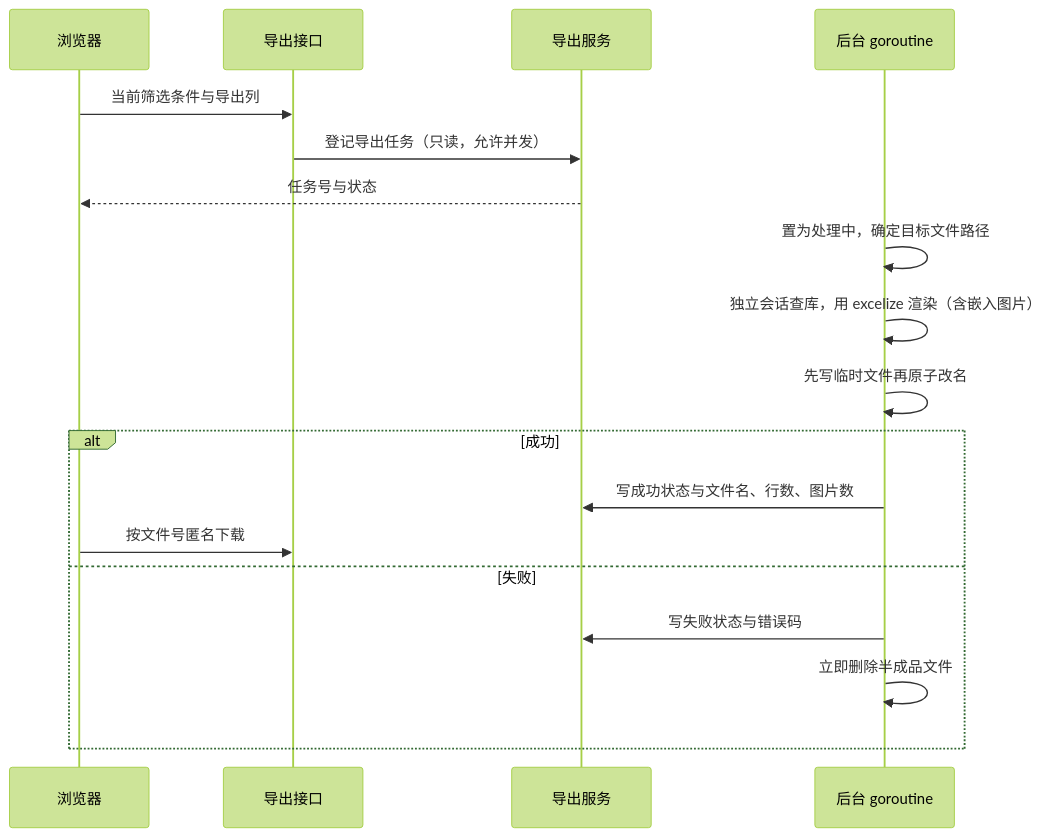
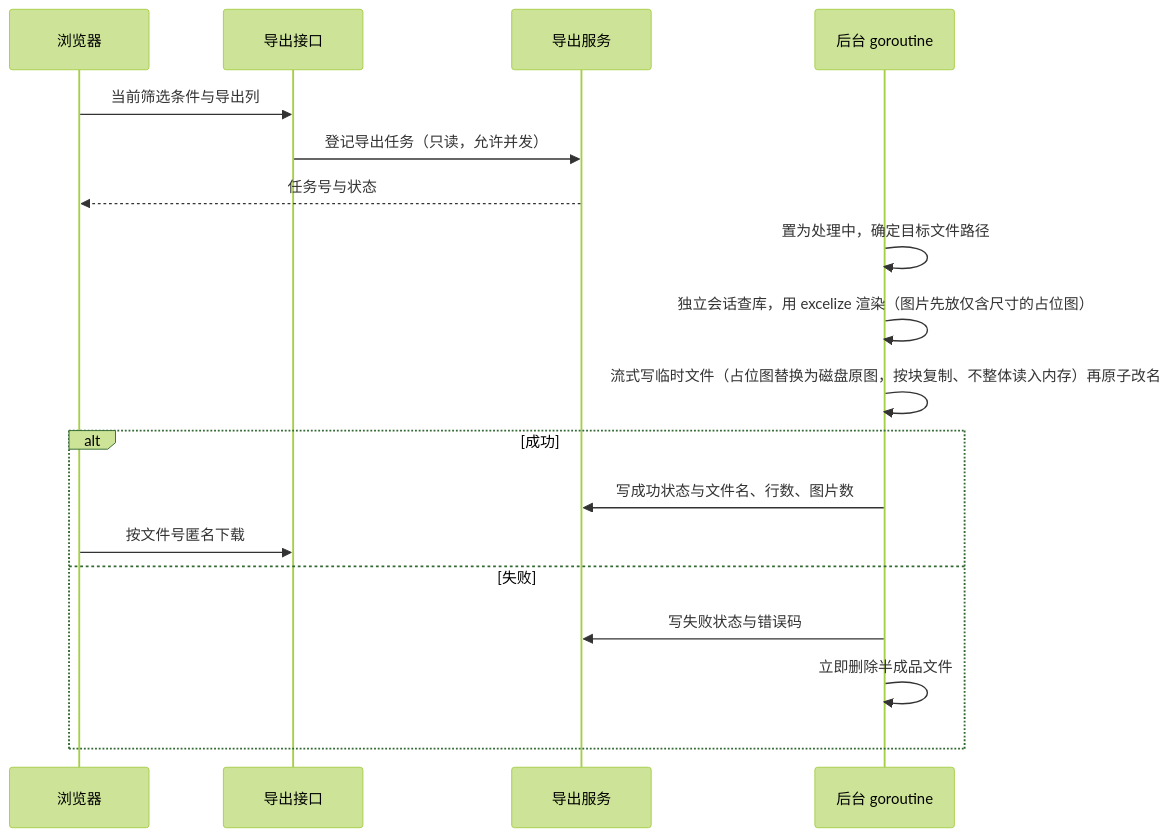
Diagram 17 of 31 in docs/websites/pages/dev-flows.md (Sakana-1314/Electrical-Manager), drawn with Mermaid (forest theme) before and after one commit. The commit also changed other lines of this file and 12 other files, not shown here.

Commit message:
perf: 导出表格与缩略图生成改为流式处理，降低内存占用 (#387)

````diff
--- a/docs/websites/pages/dev-flows.md
+++ b/docs/websites/pages/dev-flows.md
@@ -269,20 +269,20 @@
 ```mermaid
 sequenceDiagram
     participant U as 浏览器
     participant API as 导出接口
     participant S as 导出服务
     participant BG as 后台 goroutine
     U->>API: 当前筛选条件与导出列
     API->>S: 登记导出任务（只读，允许并发）
     S-->>U: 任务号与状态
     BG->>BG: 置为处理中，确定目标文件路径
-    BG->>BG: 独立会话查库，用 excelize 渲染（含嵌入图片）
-    BG->>BG: 先写临时文件再原子改名
+    BG->>BG: 独立会话查库，用 excelize 渲染（图片先放仅含尺寸的占位图）
+    BG->>BG: 流式写临时文件（占位图替换为磁盘原图，按块复制、不整体读入内存）再原子改名
     alt 成功
         BG->>S: 写成功状态与文件名、行数、图片数
         U->>API: 按文件号匿名下载
     else 失败
         BG->>S: 写失败状态与错误码
         BG->>BG: 立即删除半成品文件
     end
 ```
````
